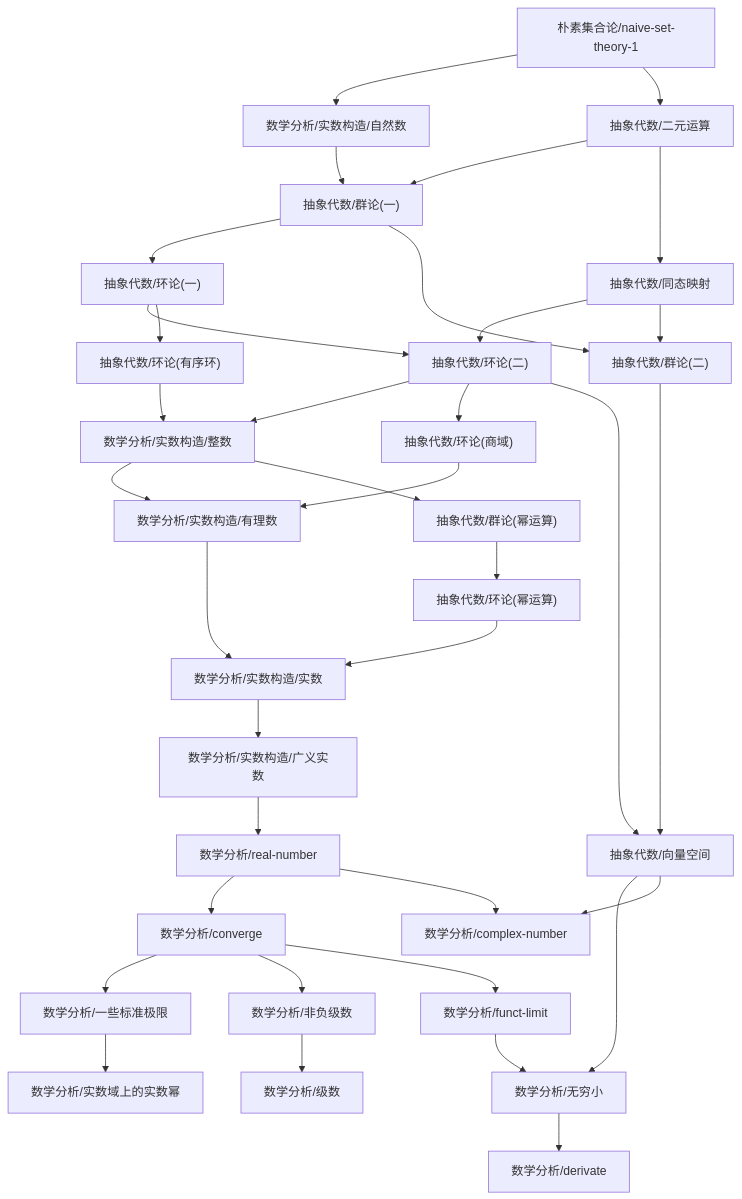
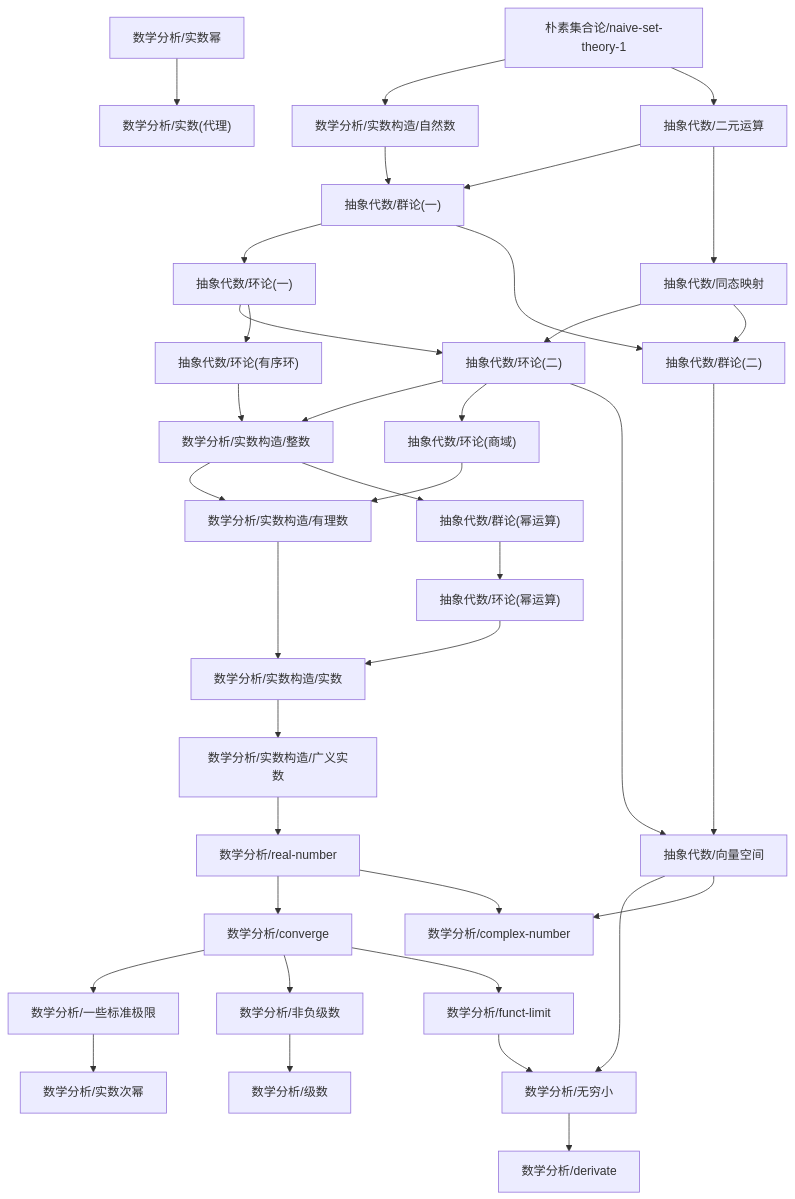
One commit to zeroDtree/zeroDtree.github.io changed the diagram in content/数学分析/dependency_graph.md. Above: the diagram before and after it, drawn with Mermaid. The commit also changed 5 other files, not shown here.

Commit message:
Update workspace.json to change file references from "实数.md" to "converge.md" and adjust recent file history. Remove the deleted file "实数域上的实数幂.md" to streamline content organization.

````diff
--- a/content/数学分析/dependency_graph.md
+++ b/content/数学分析/dependency_graph.md
@@ -1,38 +1,39 @@
 ```mermaid
 graph TD
 1["数学分析/非负级数"] --> 0["数学分析/级数"]
-3["数学分析/converge"] --> 2["数学分析/一些标准极限"]
-2["数学分析/一些标准极限"] --> 4["数学分析/实数域上的实数幂"]
-6["数学分析/无穷小"] --> 5["数学分析/derivate"]
-7["数学分析/real-number"] --> 3["数学分析/converge"]
-3["数学分析/converge"] --> 1["数学分析/非负级数"]
-8["抽象代数/向量空间"] --> 6["数学分析/无穷小"]
-9["数学分析/funct-limit"] --> 6["数学分析/无穷小"]
-3["数学分析/converge"] --> 9["数学分析/funct-limit"]
-7["数学分析/real-number"] --> 11["数学分析/complex-number"]
-8["抽象代数/向量空间"] --> 11["数学分析/complex-number"]
-12["数学分析/实数构造/广义实数"] --> 7["数学分析/real-number"]
-14["数学分析/实数构造/有理数"] --> 13["数学分析/实数构造/实数"]
-15["抽象代数/环论(幂运算)"] --> 13["数学分析/实数构造/实数"]
-16["数学分析/实数构造/整数"] --> 14["数学分析/实数构造/有理数"]
-17["抽象代数/环论(商域)"] --> 14["数学分析/实数构造/有理数"]
-13["数学分析/实数构造/实数"] --> 12["数学分析/实数构造/广义实数"]
-19["朴素集合论/naive-set-theory-1"] --> 18["数学分析/实数构造/自然数"]
-20["抽象代数/环论(二)"] --> 16["数学分析/实数构造/整数"]
-21["抽象代数/环论(有序环)"] --> 16["数学分析/实数构造/整数"]
-22["抽象代数/环论(一)"] --> 20["抽象代数/环论(二)"]
-23["抽象代数/同态映射"] --> 20["抽象代数/环论(二)"]
-22["抽象代数/环论(一)"] --> 21["抽象代数/环论(有序环)"]
-24["抽象代数/群论(一)"] --> 22["抽象代数/环论(一)"]
-18["数学分析/实数构造/自然数"] --> 24["抽象代数/群论(一)"]
-25["抽象代数/二元运算"] --> 24["抽象代数/群论(一)"]
-19["朴素集合论/naive-set-theory-1"] --> 25["抽象代数/二元运算"]
-25["抽象代数/二元运算"] --> 23["抽象代数/同态映射"]
-20["抽象代数/环论(二)"] --> 17["抽象代数/环论(商域)"]
-26["抽象代数/群论(幂运算)"] --> 15["抽象代数/环论(幂运算)"]
-16["数学分析/实数构造/整数"] --> 26["抽象代数/群论(幂运算)"]
-27["抽象代数/群论(二)"] --> 8["抽象代数/向量空间"]
-20["抽象代数/环论(二)"] --> 8["抽象代数/向量空间"]
-24["抽象代数/群论(一)"] --> 27["抽象代数/群论(二)"]
-23["抽象代数/同态映射"] --> 27["抽象代数/群论(二)"]
+3["数学分析/实数幂"] --> 2["数学分析/实数(代理)"]
+5["数学分析/converge"] --> 4["数学分析/一些标准极限"]
+7["数学分析/无穷小"] --> 6["数学分析/derivate"]
+8["数学分析/real-number"] --> 5["数学分析/converge"]
+4["数学分析/一些标准极限"] --> 9["数学分析/实数次幂"]
+5["数学分析/converge"] --> 1["数学分析/非负级数"]
+10["抽象代数/向量空间"] --> 7["数学分析/无穷小"]
+11["数学分析/funct-limit"] --> 7["数学分析/无穷小"]
+5["数学分析/converge"] --> 11["数学分析/funct-limit"]
+8["数学分析/real-number"] --> 13["数学分析/complex-number"]
+10["抽象代数/向量空间"] --> 13["数学分析/complex-number"]
+14["数学分析/实数构造/广义实数"] --> 8["数学分析/real-number"]
+16["数学分析/实数构造/有理数"] --> 15["数学分析/实数构造/实数"]
+17["抽象代数/环论(幂运算)"] --> 15["数学分析/实数构造/实数"]
+18["数学分析/实数构造/整数"] --> 16["数学分析/实数构造/有理数"]
+19["抽象代数/环论(商域)"] --> 16["数学分析/实数构造/有理数"]
+15["数学分析/实数构造/实数"] --> 14["数学分析/实数构造/广义实数"]
+21["朴素集合论/naive-set-theory-1"] --> 20["数学分析/实数构造/自然数"]
+22["抽象代数/环论(二)"] --> 18["数学分析/实数构造/整数"]
+23["抽象代数/环论(有序环)"] --> 18["数学分析/实数构造/整数"]
+24["抽象代数/环论(一)"] --> 22["抽象代数/环论(二)"]
+25["抽象代数/同态映射"] --> 22["抽象代数/环论(二)"]
+24["抽象代数/环论(一)"] --> 23["抽象代数/环论(有序环)"]
+26["抽象代数/群论(一)"] --> 24["抽象代数/环论(一)"]
+20["数学分析/实数构造/自然数"] --> 26["抽象代数/群论(一)"]
+27["抽象代数/二元运算"] --> 26["抽象代数/群论(一)"]
+21["朴素集合论/naive-set-theory-1"] --> 27["抽象代数/二元运算"]
+27["抽象代数/二元运算"] --> 25["抽象代数/同态映射"]
+22["抽象代数/环论(二)"] --> 19["抽象代数/环论(商域)"]
+28["抽象代数/群论(幂运算)"] --> 17["抽象代数/环论(幂运算)"]
+18["数学分析/实数构造/整数"] --> 28["抽象代数/群论(幂运算)"]
+29["抽象代数/群论(二)"] --> 10["抽象代数/向量空间"]
+22["抽象代数/环论(二)"] --> 10["抽象代数/向量空间"]
+26["抽象代数/群论(一)"] --> 29["抽象代数/群论(二)"]
+25["抽象代数/同态映射"] --> 29["抽象代数/群论(二)"]
 ```
````
